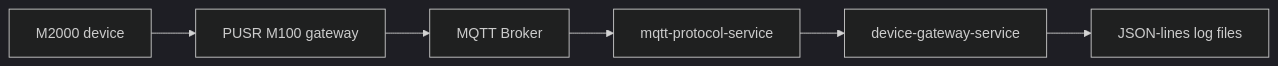
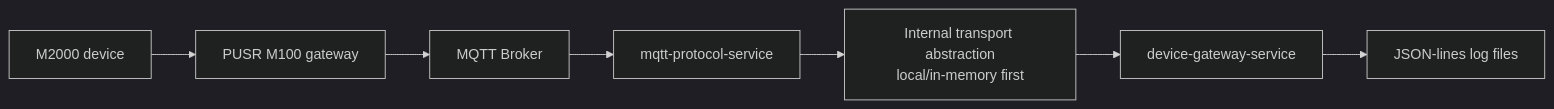
The diagram in docs/03-architecture.md (kme-solution/SignalEye), drawn with Mermaid (dark theme) before and after one commit. The commit also changed other lines of this file and 14 other files, not shown here.

Commit message:
Document raw MQTT and Modbus mapping flow

````diff
--- a/docs/03-architecture.md
+++ b/docs/03-architecture.md
@@ -5,8 +5,9 @@
 ```mermaid
 flowchart LR
     M2000[M2000 device] --> PUSR[PUSR M100 gateway]
     PUSR --> Broker[MQTT Broker]
     Broker --> MQTT[mqtt-protocol-service]
-    MQTT --> Gateway[device-gateway-service]
+    MQTT --> Transport[Internal transport abstraction\nlocal/in-memory first]
+    Transport --> Gateway[device-gateway-service]
     Gateway --> Logs[JSON-lines log files]
 ```
````
